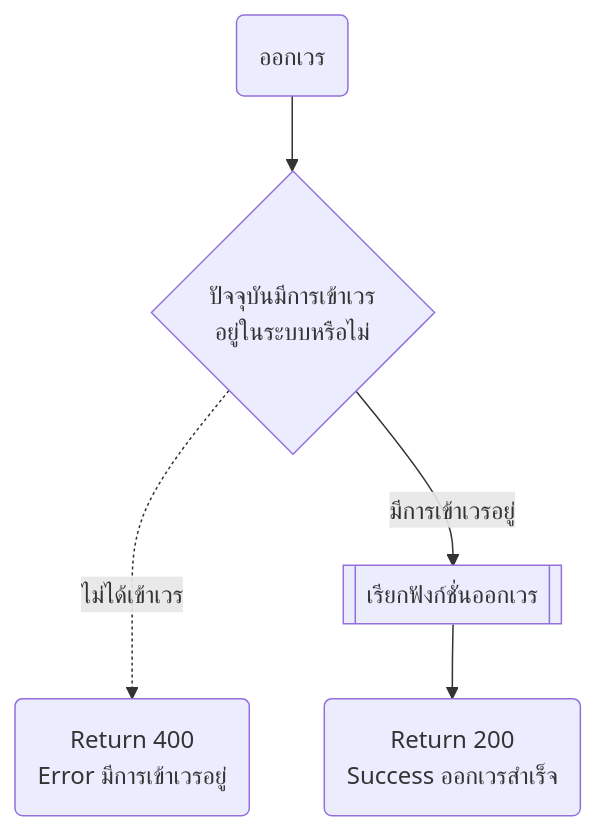
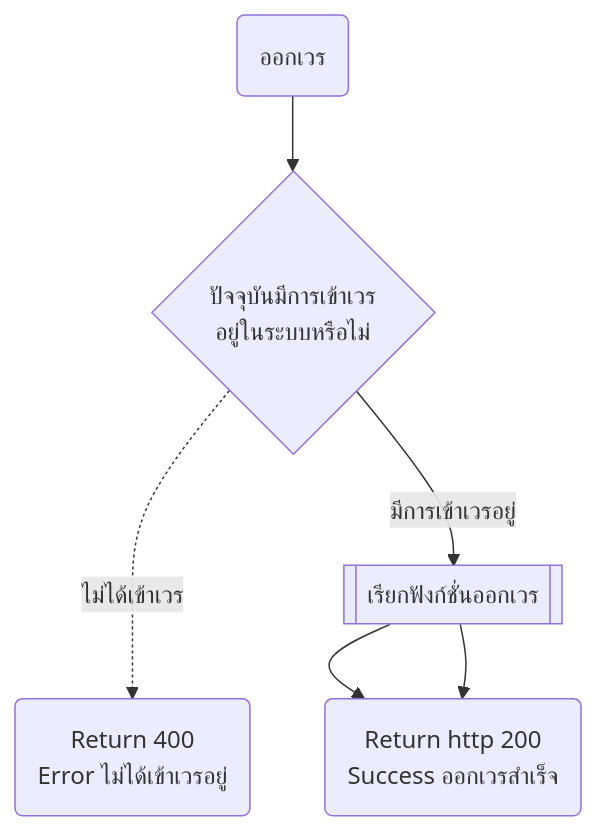
Before and after one commit to lionants02/Mi-DEMS: the third of 3 diagrams in CHECKIN.md, drawn with Mermaid.

````diff
--- a/CHECKIN.md
+++ b/CHECKIN.md
@@ -58,9 +58,10 @@
 ```mermaid
 flowchart TD
     s("ออกเวร")
     s-->check{"ปัจจุบันมีการเข้าเวร\nอยู่ในระบบหรือไม่"}
-    check-..->|"ไม่ได้เข้าเวร"|return_error("Return 400 \nError มีการเข้าเวรอยู่")
+    isCheckin-->R("Return http 200 \nSuccess ออกเวรสำเร็จ")
+    check-..->|"ไม่ได้เข้าเวร"|return_error("Return 400 \nError ไม่ได้เข้าเวรอยู่")
 
     check-->|"มีการเข้าเวรอยู่"|isCheckin[["เรียกฟังก์ชั่นออกเวร"]]
-    isCheckin-->R("Return 200 \nSuccess ออกเวรสำเร็จ")
+    isCheckin-->R("Return http 200 \nSuccess ออกเวรสำเร็จ")
 ```
````
